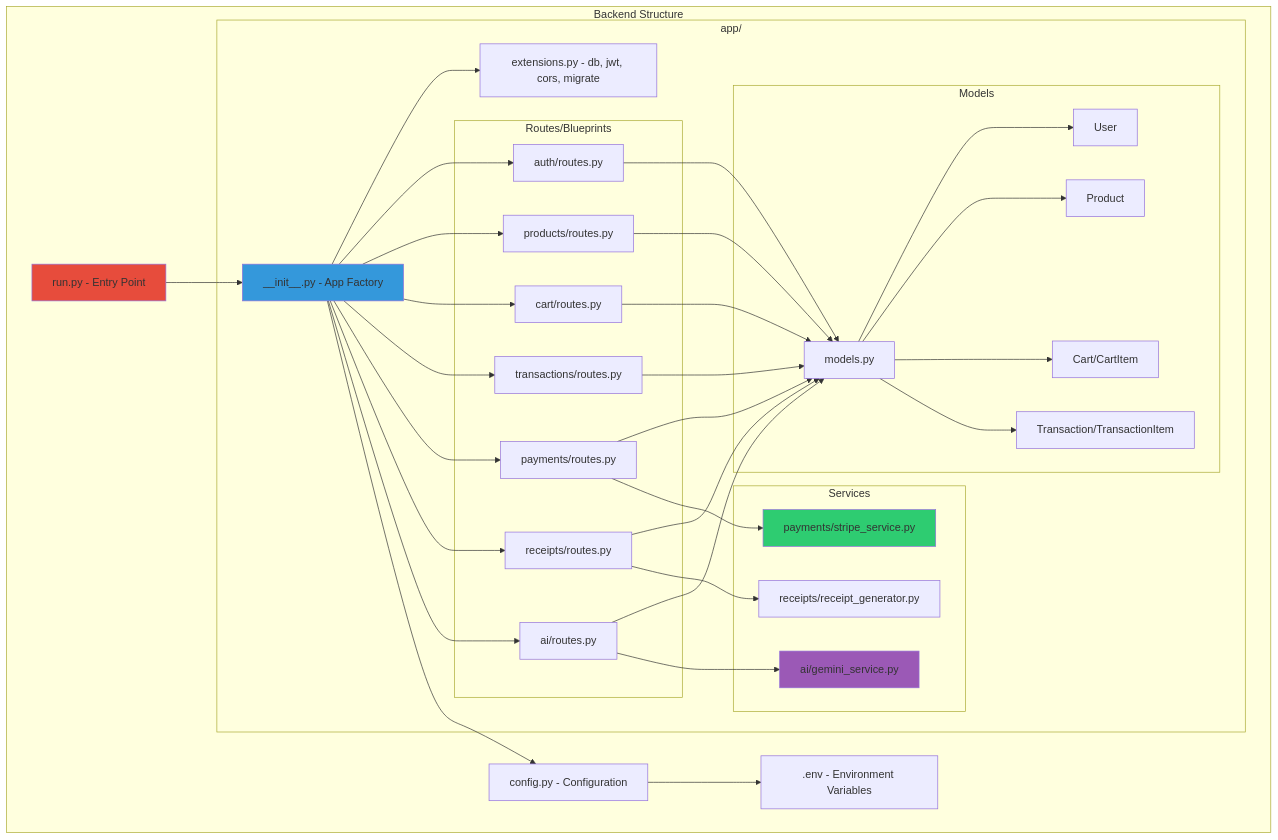
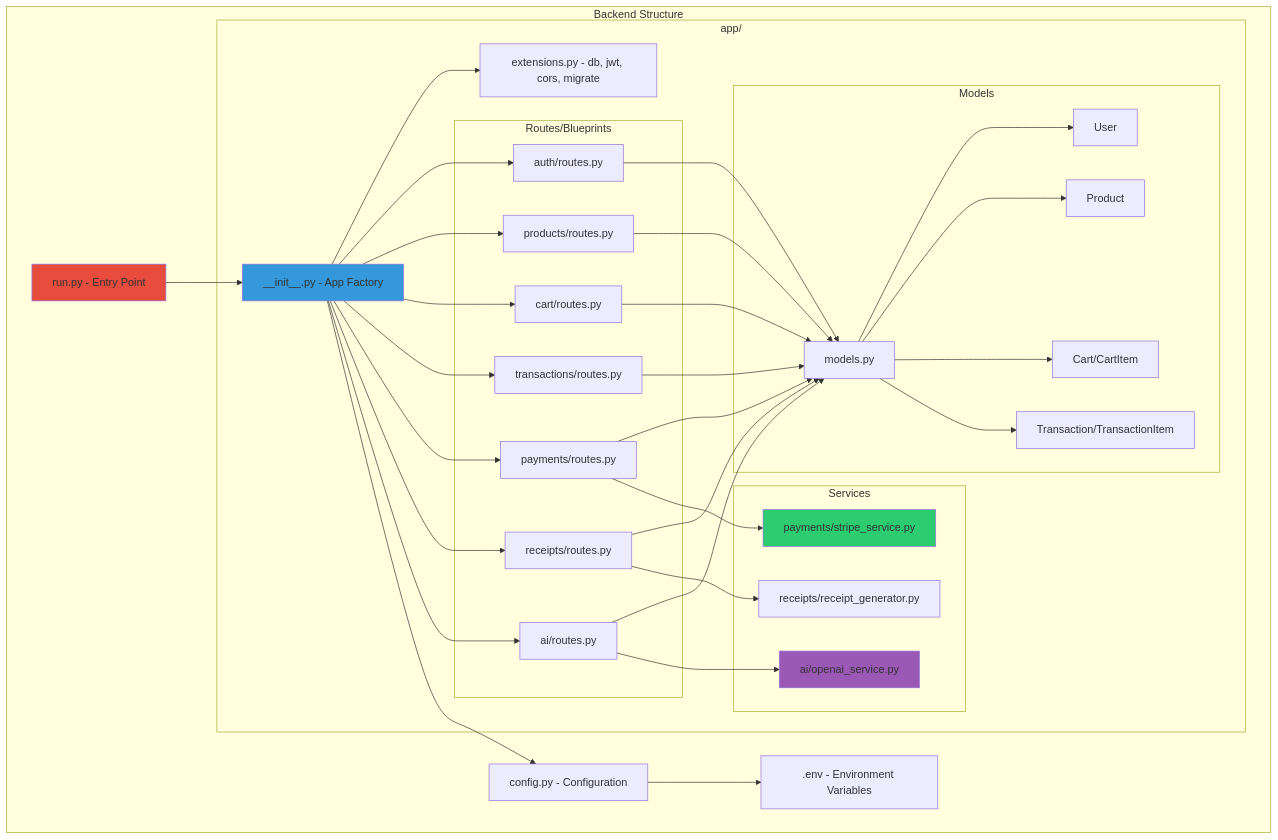
One commit to DeepthiIppala/SmartScan-Pro changed the second of 10 diagrams in ARCHITECTURE.md. Above: the diagram before and after it, drawn with Mermaid. The commit also changed other lines of this file and 8 other files, not shown here.

````diff
--- a/ARCHITECTURE.md
+++ b/ARCHITECTURE.md
@@ -69,72 +69,72 @@
 ```mermaid
 graph TB
     subgraph "Backend Structure"
         A[run.py - Entry Point]
 
         subgraph "app/"
             B[__init__.py - App Factory]
 
             subgraph "Models"
                 C[models.py]
                 C1[User]
                 C2[Product]
                 C3[Cart/CartItem]
                 C4[Transaction/TransactionItem]
                 C --> C1
                 C --> C2
                 C --> C3
                 C --> C4
             end
 
             subgraph "Routes/Blueprints"
                 D[auth/routes.py]
                 E[products/routes.py]
                 F[cart/routes.py]
                 G[transactions/routes.py]
                 H[payments/routes.py]
                 I[receipts/routes.py]
                 J[ai/routes.py]
             end
 
             subgraph "Services"
-                K[ai/gemini_service.py]
+                K[ai/openai_service.py]
                 L[payments/stripe_service.py]
                 M[receipts/receipt_generator.py]
             end
 
             N[extensions.py - db, jwt, cors, migrate]
         end
 
         O[config.py - Configuration]
         P[.env - Environment Variables]
     end
 
     A --> B
     B --> N
     B --> D
     B --> E
     B --> F
     B --> G
     B --> H
     B --> I
     B --> J
 
     D --> C
     E --> C
     F --> C
     G --> C
     H --> C
     H --> L
     I --> C
     I --> M
     J --> C
     J --> K
 
     B --> O
     O --> P
 
     style A fill:#e74c3c
     style B fill:#3498db
     style K fill:#9b59b6
     style L fill:#2ecc71
 ```
````
